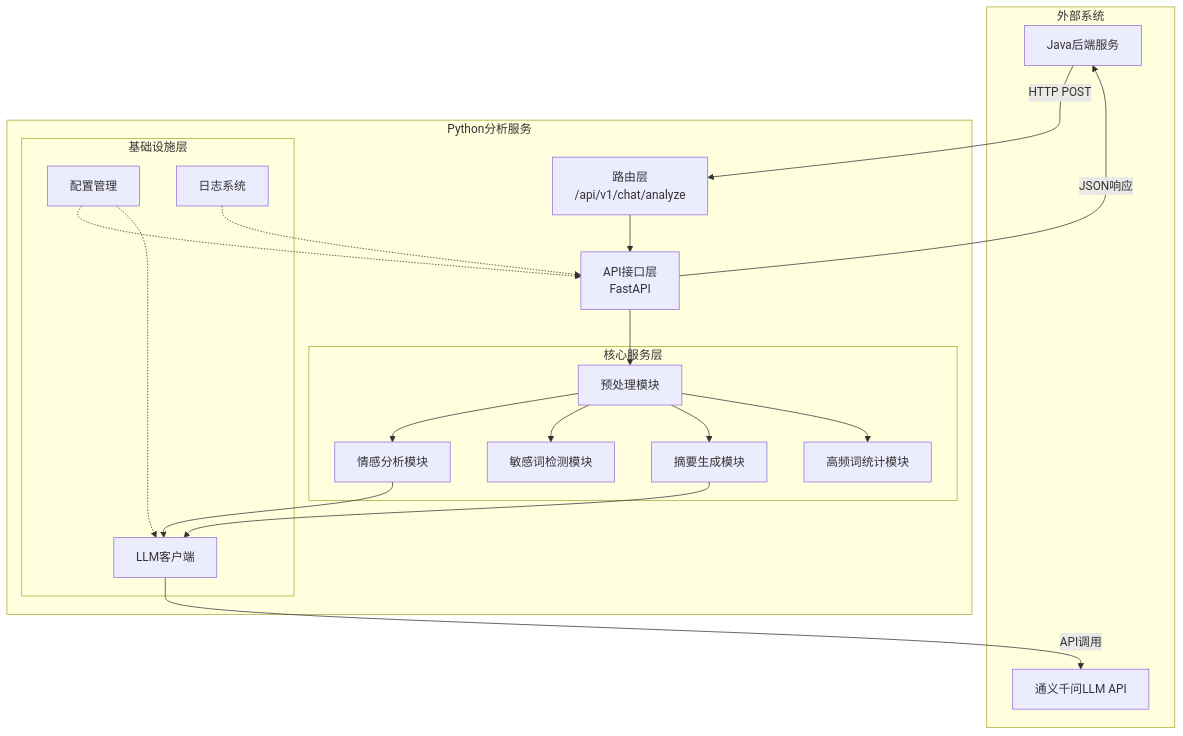
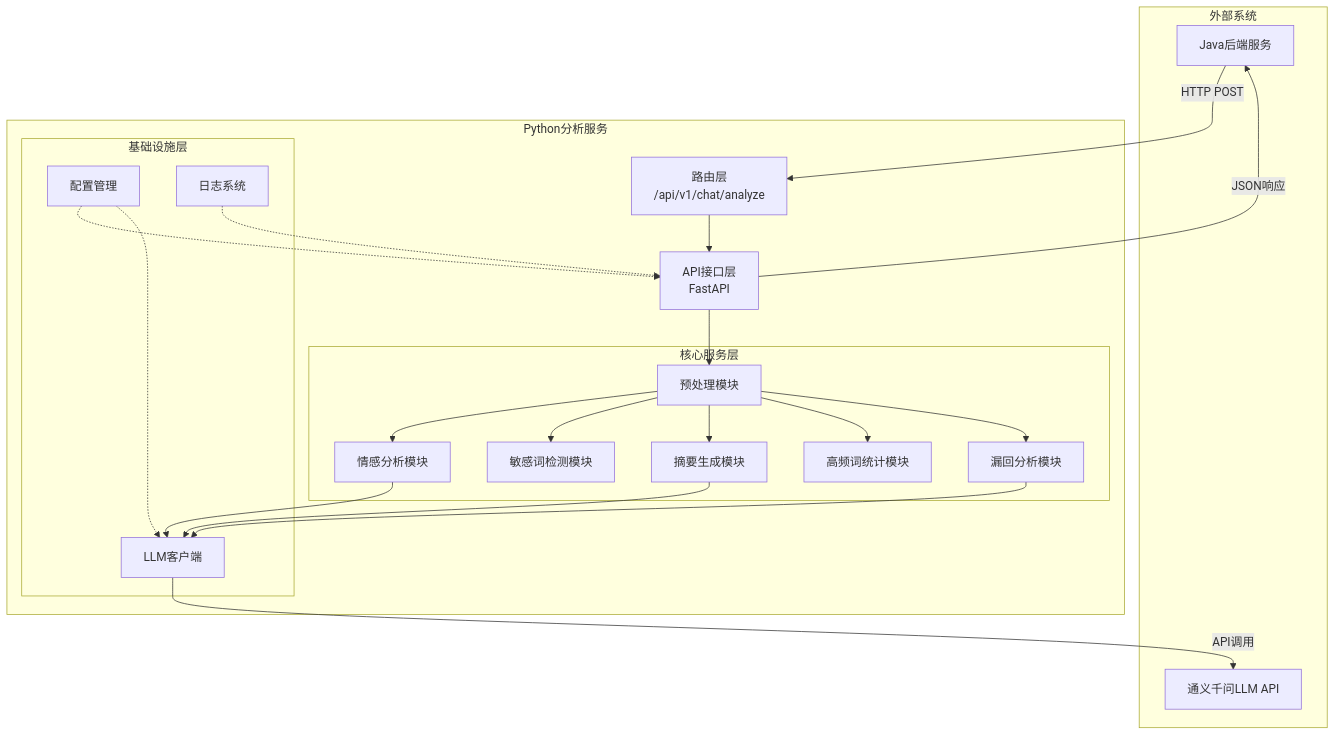
The first of 10 diagrams in 系统架构图.md (competition-W/wechat_analysis), drawn with Mermaid before and after one commit. The commit also changed other lines of this file and 28 other files, not shown here.

````diff
--- a/系统架构图.md
+++ b/系统架构图.md
@@ -13,41 +14,44 @@
 ```mermaid
 graph TB
     subgraph 外部系统
         Java[Java后端服务]
         LLM[通义千问LLM API]
     end
     
     subgraph Python分析服务
         API[API接口层<br/>FastAPI]
         Router[路由层<br/>/api/v1/chat/analyze]
         
         subgraph 核心服务层
             Preprocessor[预处理模块]
             Sentiment[情感分析模块]
             Sensitive[敏感词检测模块]
             Summary[摘要生成模块]
             HighFreq[高频词统计模块]
+            Unanswered[漏回分析模块]
         end
         
         subgraph 基础设施层
             LLMClient[LLM客户端]
             Config[配置管理]
             Logger[日志系统]
         end
     end
     
     Java -->|HTTP POST| Router
     Router --> API
     API --> Preprocessor
     Preprocessor --> Sentiment
     Preprocessor --> Sensitive
     Preprocessor --> Summary
     Preprocessor --> HighFreq
+    Preprocessor --> Unanswered
     Sentiment --> LLMClient
     Summary --> LLMClient
+    Unanswered --> LLMClient
     LLMClient -->|API调用| LLM
     Config -.-> API
     Config -.-> LLMClient
     Logger -.-> API
     API -->|JSON响应| Java
 ```
````
